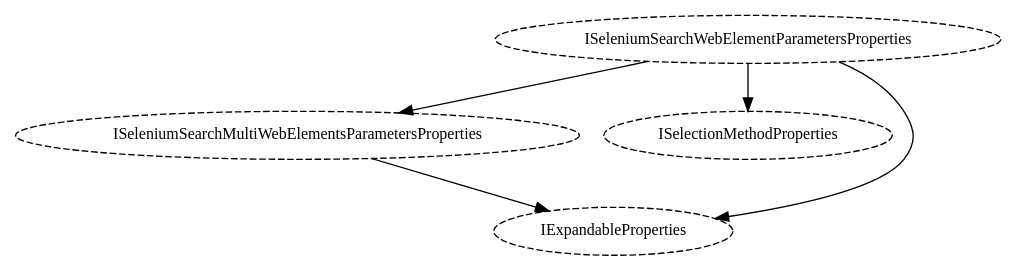
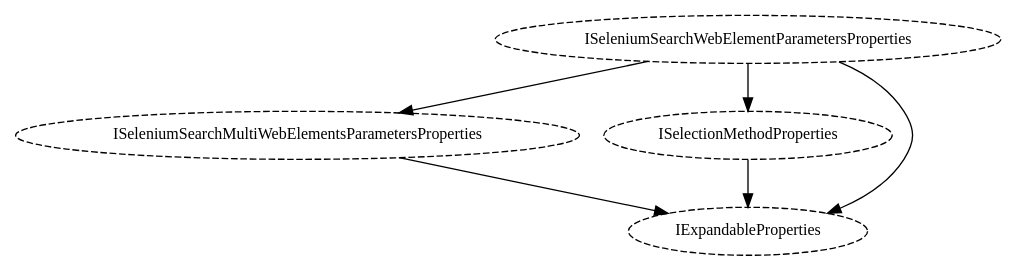
One commit to saucepleez/taskt changed the diagram in taskt/Core/Automation/Commands/WebBrowserGroup/ISeleniumSearchWebElementParametersProperties.dot. Above: the diagram before and after it, drawn with Graphviz. The commit also changed 256 other files, not shown here.

```diff
--- a/taskt/Core/Automation/Commands/WebBrowserGroup/ISeleniumSearchWebElementParametersProperties.dot
+++ b/taskt/Core/Automation/Commands/WebBrowserGroup/ISeleniumSearchWebElementParametersProperties.dot
@@ -1,18 +1,19 @@
 digraph "taskt.Core.Automation.Commands.WebBrowserGroup.ISeleniumSearchWebElementParametersProperties" {
     rankdir="TB";
     node [
         shape="box",
         fontname="Meiryo UI",
         fontsize="12pt"
     ];
 
 "taskt.Core.Automation.Commands.WebBrowserGroup.ISeleniumSearchWebElementParametersProperties" [ label="ISeleniumSearchWebElementParametersProperties", shape="ellipse", style="dashed", ];
 "taskt.Core.Automation.Commands.WebBrowserGroup.ISeleniumSearchMultiWebElementsParametersProperties" [ label="ISeleniumSearchMultiWebElementsParametersProperties", shape="ellipse", style="dashed", ];
 "taskt.Core.Automation.Commands.ISelectionMethodProperties" [ label="ISelectionMethodProperties", shape="ellipse", style="dashed", ];
 "taskt.Core.Automation.Commands.IExpandableProperties" [ label="IExpandableProperties", shape="ellipse", style="dashed", ];
 
 "taskt.Core.Automation.Commands.WebBrowserGroup.ISeleniumSearchWebElementParametersProperties" -> "taskt.Core.Automation.Commands.WebBrowserGroup.ISeleniumSearchMultiWebElementsParametersProperties";
 "taskt.Core.Automation.Commands.WebBrowserGroup.ISeleniumSearchWebElementParametersProperties" -> "taskt.Core.Automation.Commands.ISelectionMethodProperties";
 "taskt.Core.Automation.Commands.WebBrowserGroup.ISeleniumSearchWebElementParametersProperties" -> "taskt.Core.Automation.Commands.IExpandableProperties";
 "taskt.Core.Automation.Commands.WebBrowserGroup.ISeleniumSearchMultiWebElementsParametersProperties" -> "taskt.Core.Automation.Commands.IExpandableProperties";
+"taskt.Core.Automation.Commands.ISelectionMethodProperties" -> "taskt.Core.Automation.Commands.IExpandableProperties";
 }
```
